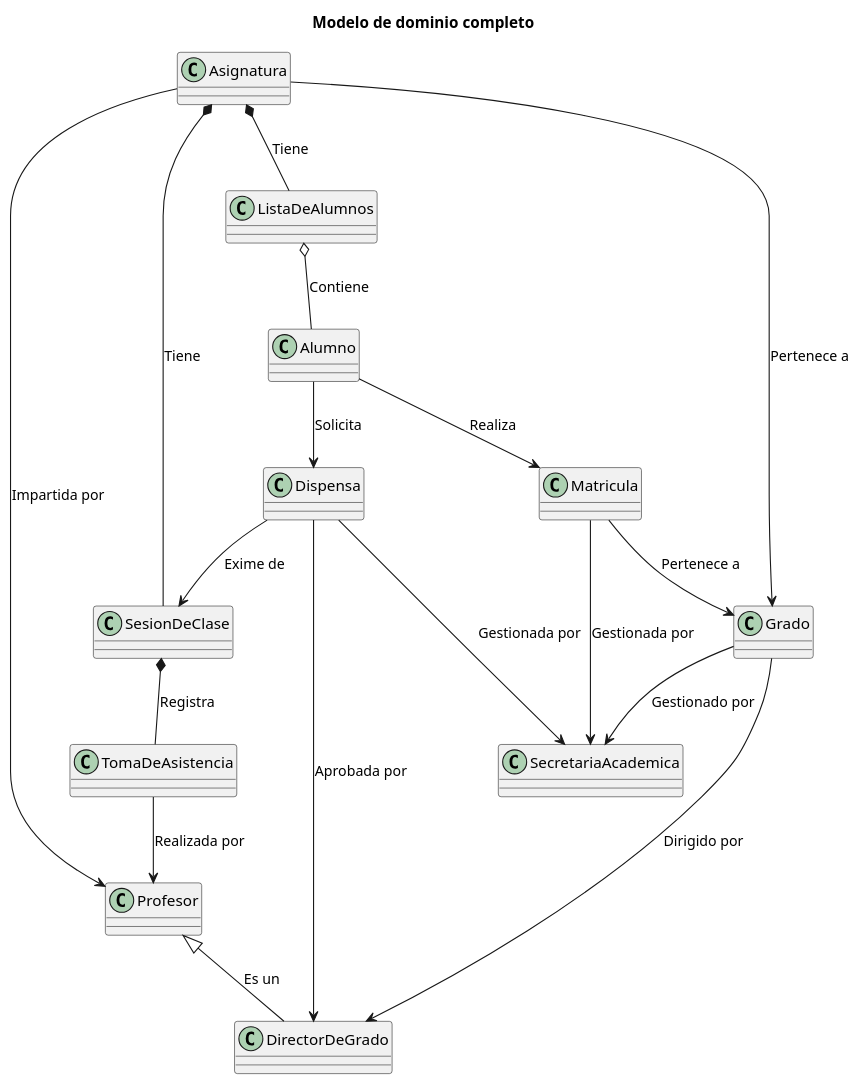
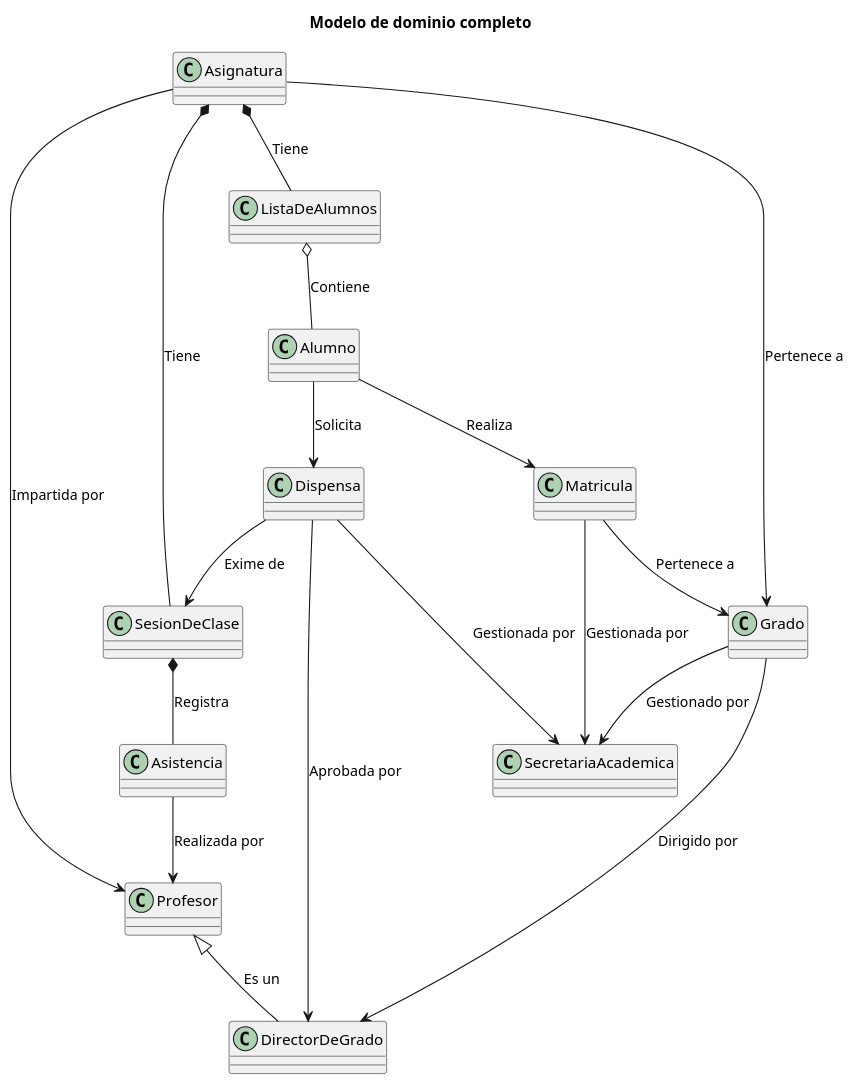
Before and after one commit to enmabry/25-26-IdSw1-SdR: the diagram in documents/ModeloDelDominio/DiagramasDeClase/ModeloCompleto.puml, drawn with PlantUML. The commit also changed 7 other files, not shown here.

Commit message:
primera iteracion detallado CdU Profesor y modificacion nombre de clase MdD

```diff
--- a/documents/ModeloDelDominio/DiagramasDeClase/ModeloCompleto.puml
+++ b/documents/ModeloDelDominio/DiagramasDeClase/ModeloCompleto.puml
@@ -1,35 +1,35 @@
 @startuml
 
 title Modelo de dominio completo
 
 class Alumno
 class Matricula
 class Asignatura
 class Dispensa
-class TomaDeAsistencia
+class Asistencia
 class ListaDeAlumnos
 class Profesor
 class Grado
 class DirectorDeGrado
 class SecretariaAcademica 
 class SesionDeClase
 
 Alumno --> Matricula : Realiza
 Alumno --> Dispensa : Solicita
 Matricula --> Grado : Pertenece a
 Matricula --> SecretariaAcademica : Gestionada por
 Asignatura --> Grado : Pertenece a
 Asignatura *-- ListaDeAlumnos : Tiene
 Asignatura *-- SesionDeClase : Tiene
 Asignatura --> Profesor : Impartida por
 ListaDeAlumnos o-- Alumno : Contiene
-SesionDeClase *-- TomaDeAsistencia : Registra
-TomaDeAsistencia --> Profesor : Realizada por
+SesionDeClase *-- Asistencia : Registra
+Asistencia --> Profesor : Realizada por
 Dispensa --> SesionDeClase : Exime de
 Dispensa --> DirectorDeGrado : Aprobada por
 Dispensa --> SecretariaAcademica : Gestionada por
 Grado --> DirectorDeGrado : Dirigido por
 Grado --> SecretariaAcademica : Gestionado por
 DirectorDeGrado -u-|> Profesor : Es un
 
 @enduml
```
